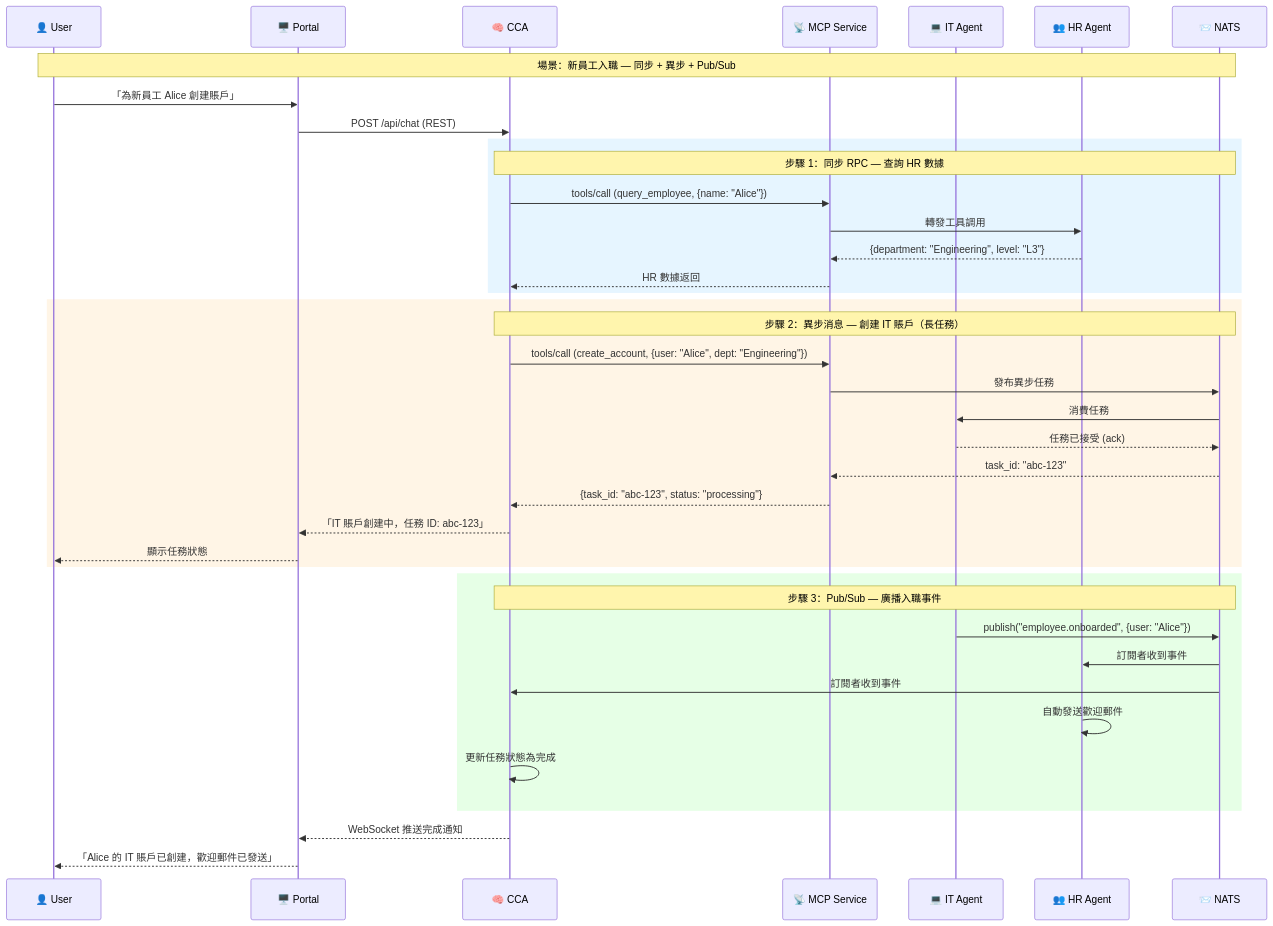
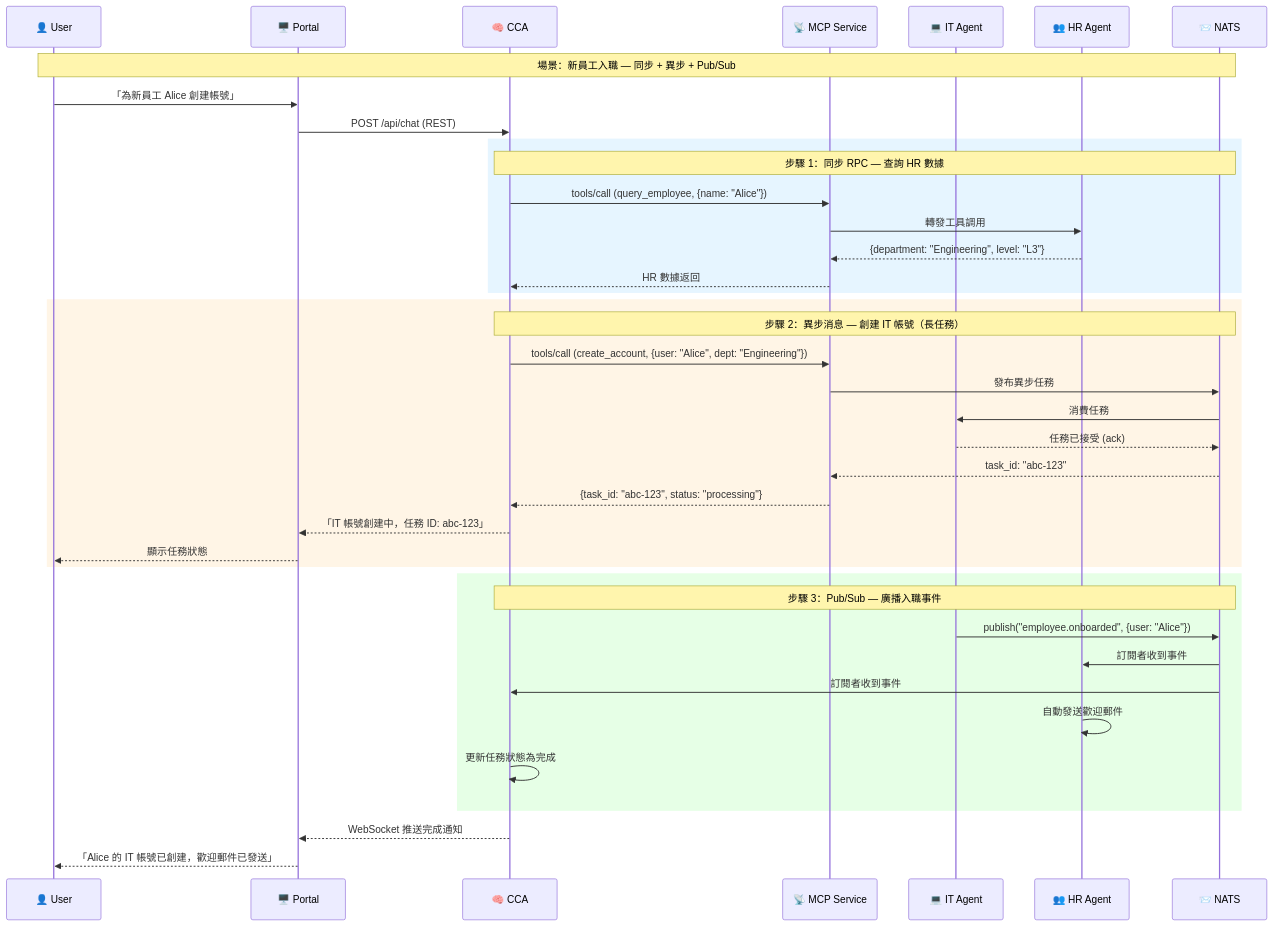
One commit to ponian/aiebok changed the fifth of 7 diagrams in book/chapter-02.md. Above: the diagram before and after it, drawn with Mermaid. The commit also changed other lines of this file and 9 other files, not shown here.

````diff
--- a/book/chapter-02.md
+++ b/book/chapter-02.md
@@ -511,47 +511,47 @@
 ```mermaid
 sequenceDiagram
     participant U as 👤 User
     participant P as 🖥️ Portal
     participant C as 🧠 CCA
     participant M as 📡 MCP Service
     participant I as 💻 IT Agent
     participant H as 👥 HR Agent
     participant N as 📨 NATS
 
     Note over U,N: 場景：新員工入職 — 同步 + 異步 + Pub/Sub
 
-    U->>P: 「為新員工 Alice 創建賬戶」
+    U->>P: 「為新員工 Alice 創建帳號」
     P->>C: POST /api/chat (REST)
 
     rect rgb(230, 245, 255)
         Note over C,N: 步驟 1：同步 RPC — 查詢 HR 數據
         C->>M: tools/call (query_employee, {name: "Alice"})
         M->>H: 轉發工具調用
         H-->>M: {department: "Engineering", level: "L3"}
         M-->>C: HR 數據返回
     end
 
     rect rgb(255, 245, 230)
-        Note over C,N: 步驟 2：異步消息 — 創建 IT 賬戶（長任務）
+        Note over C,N: 步驟 2：異步消息 — 創建 IT 帳號（長任務）
         C->>M: tools/call (create_account, {user: "Alice", dept: "Engineering"})
         M->>N: 發布異步任務
         N->>I: 消費任務
         I-->>N: 任務已接受 (ack)
         N-->>M: task_id: "abc-123"
         M-->>C: {task_id: "abc-123", status: "processing"}
-        C-->>P: 「IT 賬戶創建中，任務 ID: abc-123」
+        C-->>P: 「IT 帳號創建中，任務 ID: abc-123」
         P-->>U: 顯示任務狀態
     end
 
     rect rgb(230, 255, 230)
         Note over C,N: 步驟 3：Pub/Sub — 廣播入職事件
         I->>N: publish("employee.onboarded", {user: "Alice"})
         N->>H: 訂閱者收到事件
         N->>C: 訂閱者收到事件
         H->>H: 自動發送歡迎郵件
         C->>C: 更新任務狀態為完成
     end
 
     C-->>P: WebSocket 推送完成通知
-    P-->>U: 「Alice 的 IT 賬戶已創建，歡迎郵件已發送」
+    P-->>U: 「Alice 的 IT 帳號已創建，歡迎郵件已發送」
 ```
````
